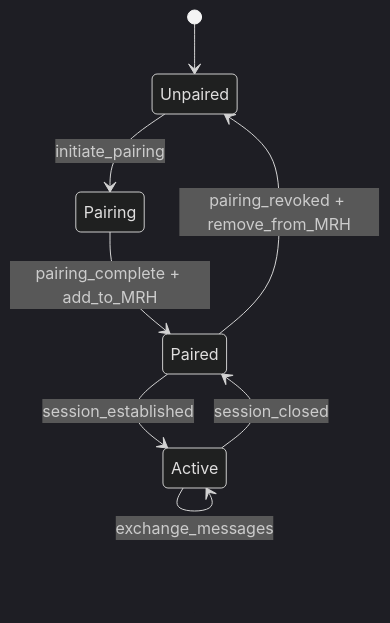
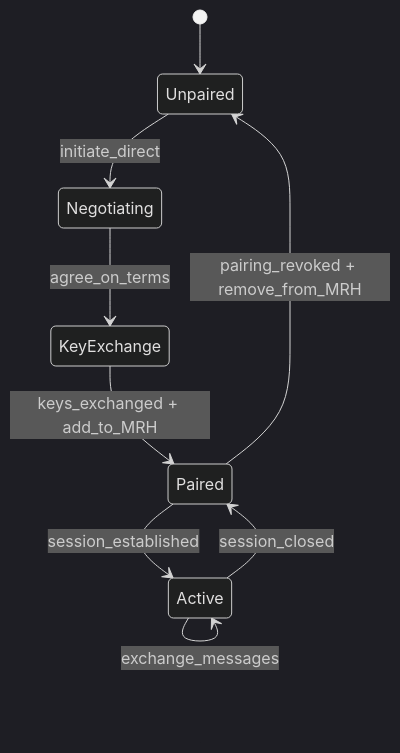
Before and after one commit to dp-web4/web4: the second of 6 diagrams in web4-standard/protocols/web4-entity-relationships.md, drawn with Mermaid (dark theme). The commit also changed other lines of this file and 2 other files, not shown here.

First line of the commit message:
Add three pairing modes: direct, witnessed, and authorized

````diff
--- a/web4-standard/protocols/web4-entity-relationships.md
+++ b/web4-standard/protocols/web4-entity-relationships.md
@@ -83,10 +127,11 @@
 ```mermaid
 stateDiagram-v2
     [*] --> Unpaired
-    Unpaired --> Pairing: initiate_pairing
-    Pairing --> Paired: pairing_complete + add_to_MRH
+    Unpaired --> Negotiating: initiate_direct
+    Negotiating --> KeyExchange: agree_on_terms
+    KeyExchange --> Paired: keys_exchanged + add_to_MRH
     Paired --> Active: session_established
     Active --> Active: exchange_messages
     Active --> Paired: session_closed
     Paired --> Unpaired: pairing_revoked + remove_from_MRH
 ```
````
